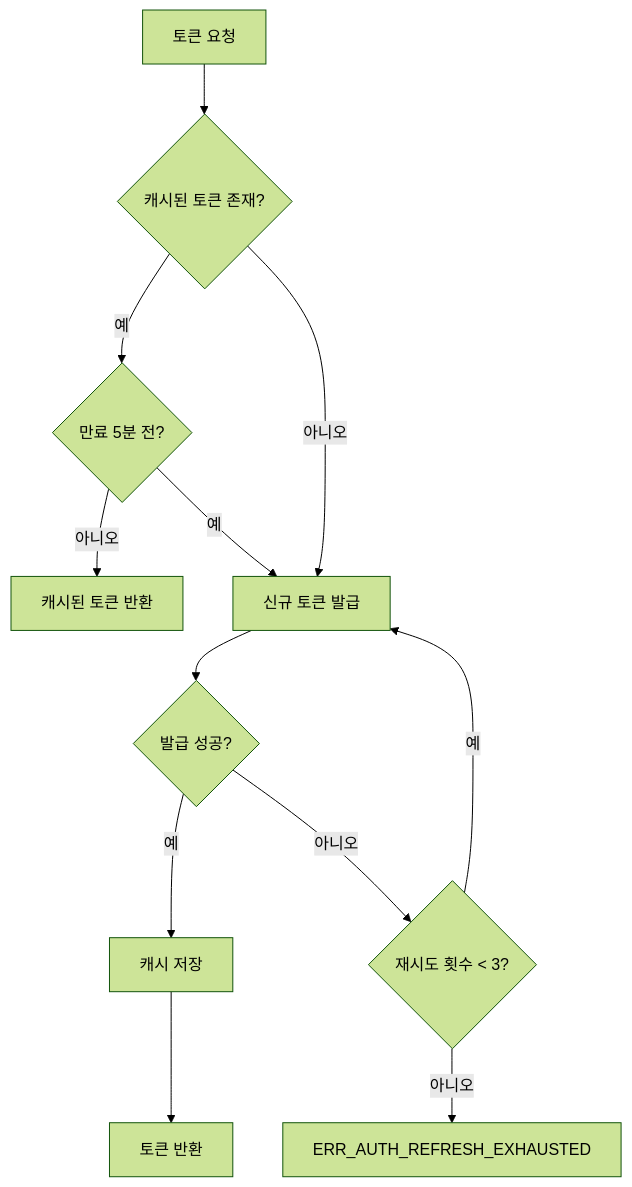
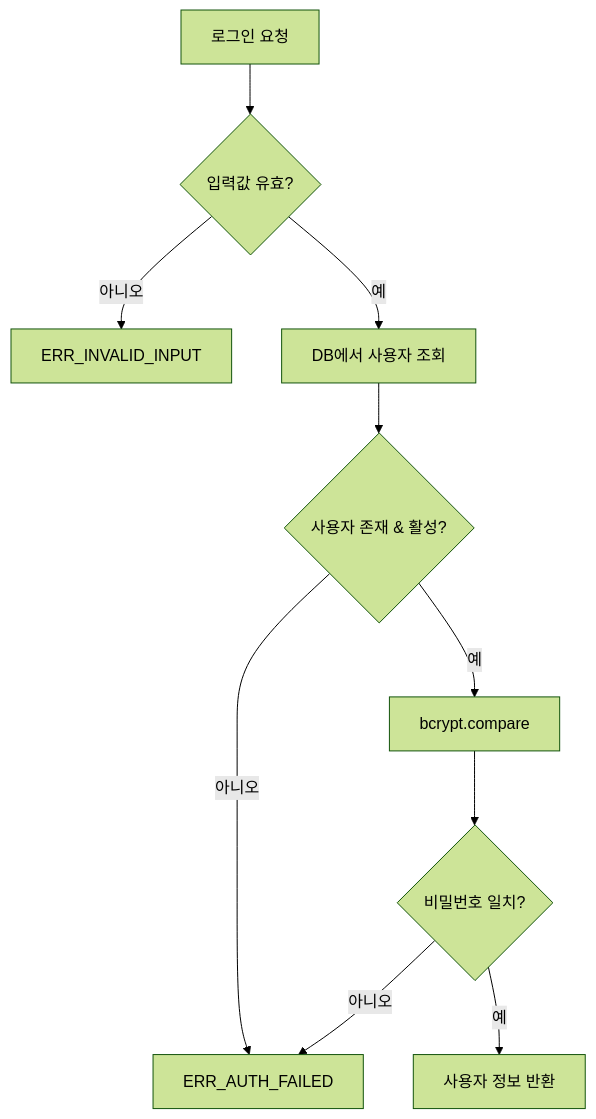
The diagram in docs/specs/functions/func_cmn-auth-001.md (woongki-jung/Hackathon), drawn with Mermaid (forest theme) before and after one commit. The commit also changed other lines of this file and 113 other files, not shown here.

````diff
--- a/docs/specs/functions/func_cmn-auth-001.md
+++ b/docs/specs/functions/func_cmn-auth-001.md
@@ -65,14 +86,12 @@
 ```mermaid
 flowchart TD
-    A[토큰 요청] --> B{캐시된 토큰 존재?}
-    B -- 예 --> C{만료 5분 전?}
-    C -- 아니오 --> D[캐시된 토큰 반환]
-    C -- 예 --> E[신규 토큰 발급]
-    B -- 아니오 --> E
-    E --> F{발급 성공?}
-    F -- 예 --> G[캐시 저장]
-    G --> D2[토큰 반환]
-    F -- 아니오 --> H{재시도 횟수 < 3?}
-    H -- 예 --> E
-    H -- 아니오 --> I[ERR_AUTH_REFRESH_EXHAUSTED]
+    A[로그인 요청] --> B{입력값 유효?}
+    B -- 아니오 --> C[ERR_INVALID_INPUT]
+    B -- 예 --> D[DB에서 사용자 조회]
+    D --> E{사용자 존재 & 활성?}
+    E -- 아니오 --> F[ERR_AUTH_FAILED]
+    E -- 예 --> G[bcrypt.compare]
+    G --> H{비밀번호 일치?}
+    H -- 아니오 --> F
+    H -- 예 --> I[사용자 정보 반환]
 ```
````
